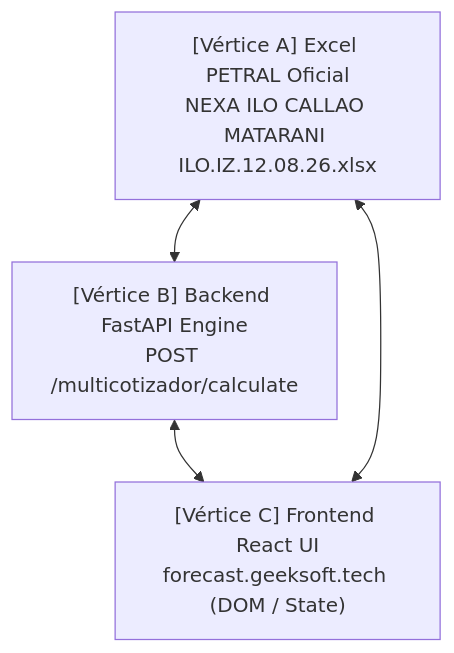
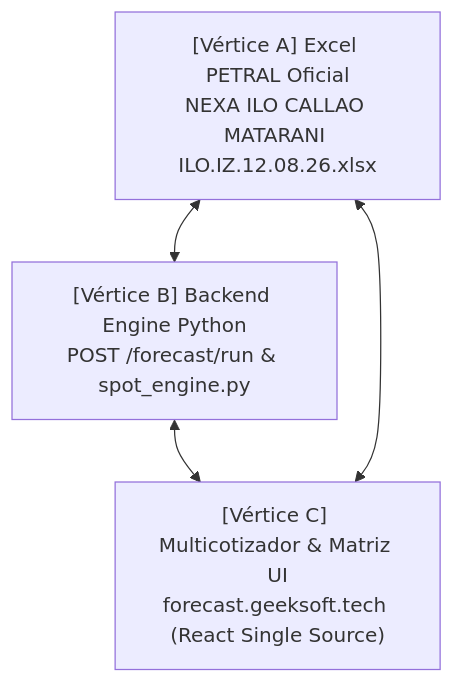
One commit to RichGutz/PETRAL.SMART.DASHBOARD changed the diagram in Desarrollo.Profesional/Obsidian.Refactorizacion.Multicotizador/03_Protocolo_de_Control_de_Calidad_QC_Triangular_UI_Backend_Excel.md. Above: the diagram before and after it, drawn with Mermaid. The commit also changed other lines of this file and 79 other files, not shown here.

Commit message:
FEAT: Convergencia 100% Multicotizador vs Matriz Financiera (,961.06 USD)

````diff
--- a/Desarrollo.Profesional/Obsidian.Refactorizacion.Multicotizador/03_Protocolo_de_Control_de_Calidad_QC_Triangular_UI_Backend_Excel.md
+++ b/Desarrollo.Profesional/Obsidian.Refactorizacion.Multicotizador/03_Protocolo_de_Control_de_Calidad_QC_Triangular_UI_Backend_Excel.md
@@ -13,6 +14,6 @@
 ```mermaid
 graph TD
-    A["[Vértice A] Excel PETRAL Oficial<br/>NEXA ILO CALLAO MATARANI ILO.IZ.12.08.26.xlsx"] <--> B["[Vértice B] Backend FastAPI Engine<br/>POST /multicotizador/calculate"]
-    B <--> C["[Vértice C] Frontend React UI<br/>forecast.geeksoft.tech (DOM / State)"]
+    A["[Vértice A] Excel PETRAL Oficial<br/>NEXA ILO CALLAO MATARANI ILO.IZ.12.08.26.xlsx"] <--> B["[Vértice B] Backend Engine Python<br/>POST /forecast/run & spot_engine.py"]
+    B <--> C["[Vértice C] Multicotizador & Matriz UI<br/>forecast.geeksoft.tech (React Single Source)"]
     C <--> A
 ```
````
